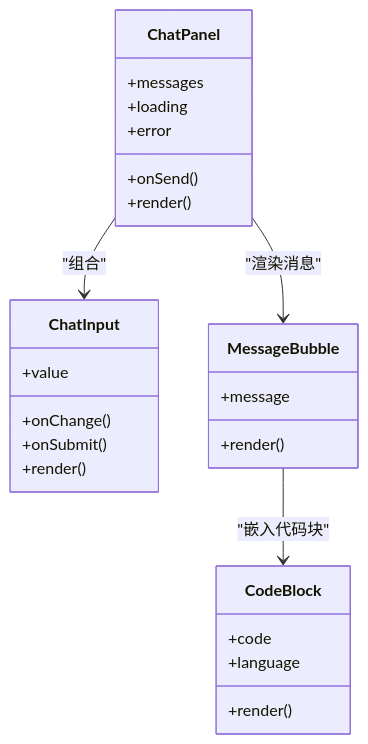
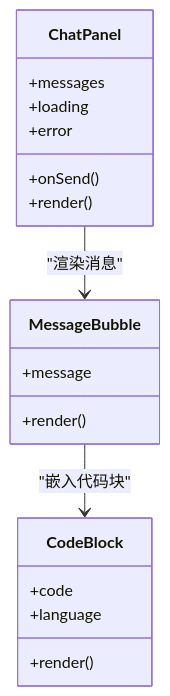
One commit to kkutysllb/KCoder changed the third of 6 diagrams in .qoder/repowiki/zh/content/架构设计/分层架构详解/表现层（Presentation Layer）/React组件架构.md. Above: the diagram before and after it, drawn with Mermaid. The commit also changed other lines of this file and 141 other files, not shown here.

````diff
--- a/.qoder/repowiki/zh/content/架构设计/分层架构详解/表现层（Presentation Layer）/React组件架构.md
+++ b/.qoder/repowiki/zh/content/架构设计/分层架构详解/表现层（Presentation Layer）/React组件架构.md
@@ -162,28 +170,21 @@
 ```mermaid
 classDiagram
 class ChatPanel {
 +messages
 +onSend()
 +loading
 +error
-+render()
-}
-class ChatInput {
-+value
-+onChange()
-+onSubmit()
 +render()
 }
 class MessageBubble {
 +message
 +render()
 }
 class CodeBlock {
 +code
 +language
 +render()
 }
-ChatPanel --> ChatInput : "组合"
 ChatPanel --> MessageBubble : "渲染消息"
 MessageBubble --> CodeBlock : "嵌入代码块"
 ```
````
